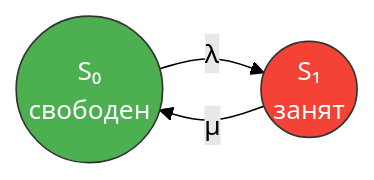
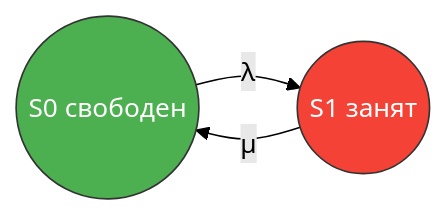
Before and after one commit to stareeg/simulation-modeling-notes: the third of 5 diagrams in docs/05-queueing-basics.md, drawn with Mermaid (forest theme). The commit also changed other lines of this file and 14 other files, not shown here.

````diff
--- a/docs/05-queueing-basics.md
+++ b/docs/05-queueing-basics.md
@@ -327,8 +356,8 @@
 ```mermaid
 graph LR
-    S0(("S₀<br/>свободен")) -->|"λ"| S1(("S₁<br/>занят"))
+    S0(("S0 свободен")) -->|"λ"| S1(("S1 занят"))
     S1 -->|"μ"| S0
 
     style S0 fill:#4CAF50,stroke:#333,color:#fff
     style S1 fill:#f44336,stroke:#333,color:#fff
 ```
````
